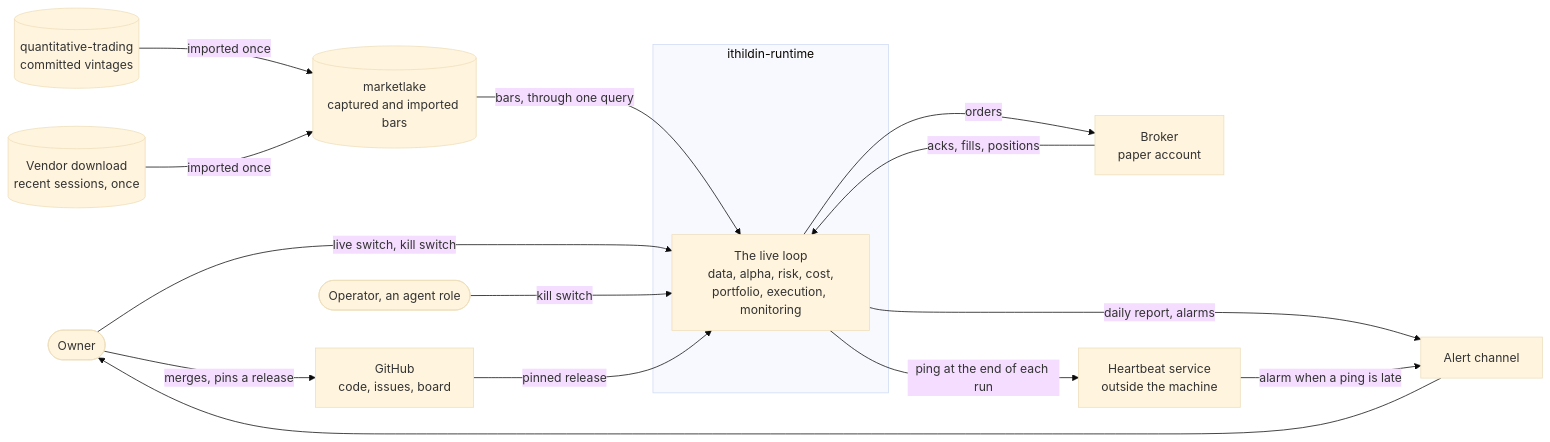
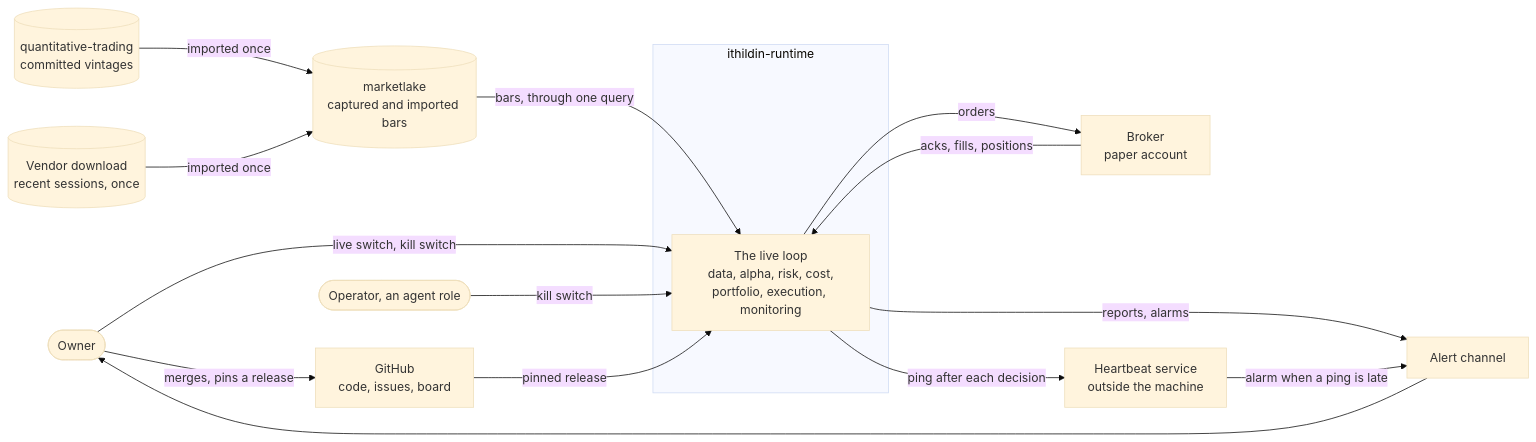
The first of 16 diagrams in docs/architecture.md (l3a0/ithildin-runtime), drawn with Mermaid (base theme) before and after one commit. The commit also changed other lines of this file and 2 other files, not shown here.

````diff
--- a/docs/architecture.md
+++ b/docs/architecture.md
@@ -128,29 +135,29 @@
 ```mermaid
 flowchart LR
     owner(["Owner"])
     operator(["Operator, an agent role"])
     subgraph platform["ithildin-runtime"]
         loop["The live loop<br/>data, alpha, risk, cost,<br/>portfolio, execution, monitoring"]
     end
     qt[("quantitative-trading<br/>committed vintages")]
     vendor[("Vendor download<br/>recent sessions, once")]
     lake[("marketlake<br/>captured and imported bars")]
     broker["Broker<br/>paper account"]
     alerts["Alert channel"]
     heartbeat["Heartbeat service<br/>outside the machine"]
     github["GitHub<br/>code, issues, board"]
 
     qt -->|"imported once"| lake
     vendor -->|"imported once"| lake
     lake -->|"bars, through one query"| loop
     loop -->|"orders"| broker
     broker -->|"acks, fills, positions"| loop
-    loop -->|"daily report, alarms"| alerts
-    loop -->|"ping at the end of each run"| heartbeat
+    loop -->|"reports, alarms"| alerts
+    loop -->|"ping after each decision"| heartbeat
     heartbeat -->|"alarm when a ping is late"| alerts
     alerts --> owner
     owner -->|"live switch, kill switch"| loop
     operator -->|"kill switch"| loop
     owner -->|"merges, pins a release"| github
     github -->|"pinned release"| loop
 ```
````
